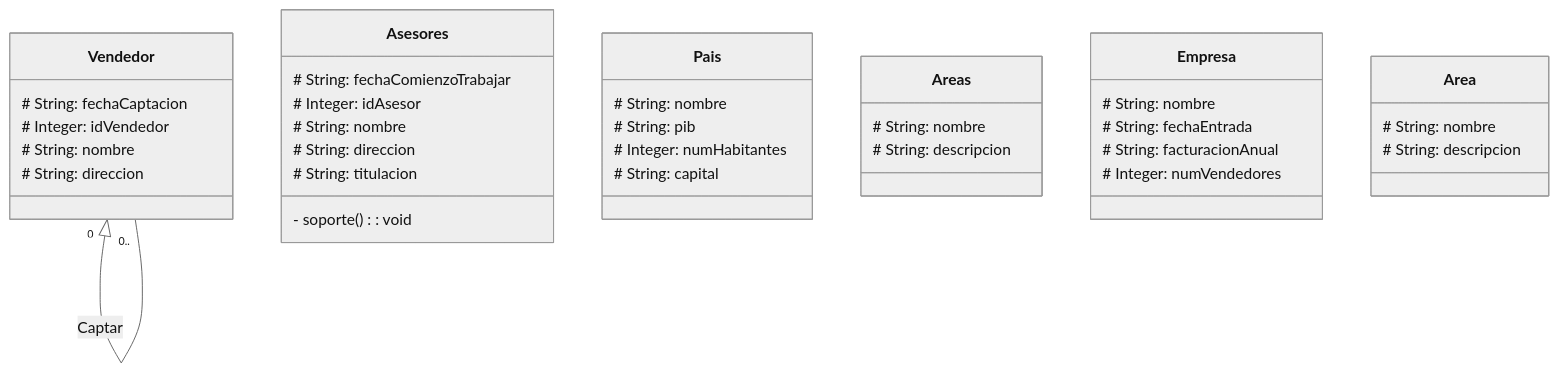
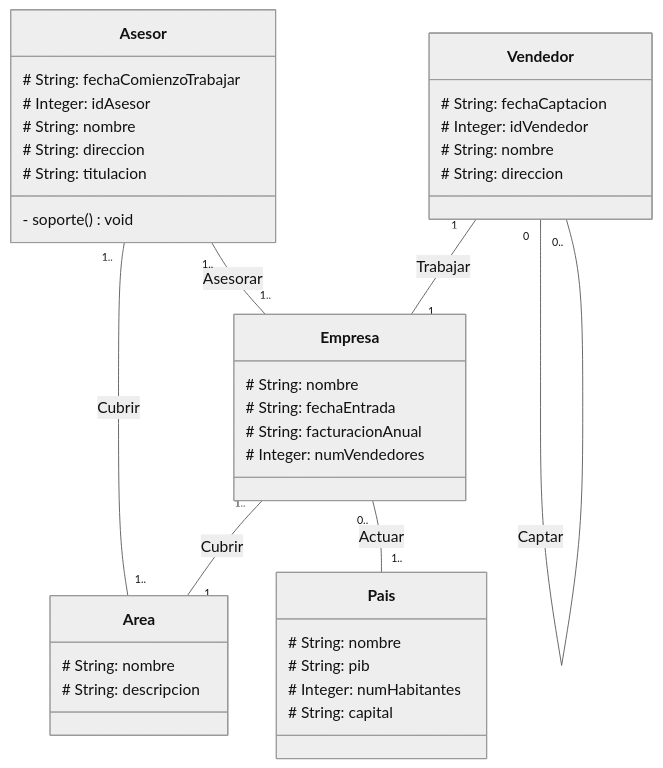
The diagram in EEDD/EvaluableMermaid/1.md (AngelRagel05/Angel-1DAW), drawn with Mermaid (neutral theme) before and after one commit.

Commit message:
Checkpoint: current project state

````diff
--- a/EEDD/EvaluableMermaid/1.md
+++ b/EEDD/EvaluableMermaid/1.md
@@ -1,55 +1,45 @@
 ``` mermaid
     classDiagram
         class Vendedor {
             # String: fechaCaptacion
             # Integer: idVendedor
             # String: nombre
             # String: direccion
         }
 
-        class Asesores {
+        class Asesor {
             # String: fechaComienzoTrabajar
             # Integer: idAsesor
             # String: nombre
             # String: direccion
             # String: titulacion
 
-            - soporte(): void
+            - soporte() void
         }
 
         class Pais {
             # String: nombre
             # String: pib
             # Integer: numHabitantes
             # String: capital
-        }
-
-        class Areas {
-            # String: nombre
-            # String: descripcion
         }
 
         class Empresa {
             # String: nombre
             # String: fechaEntrada
             # String: facturacionAnual
             # Integer: numVendedores
         }
 
         class Area {
             # String: nombre
             # String: descripcion
         }
 
-        
-
-        Vendedor "0" <|-- "0.." Vendedor: Captar
-
-
-
-
-
-
-
-
+        Vendedor "1" -- "1" Empresa: Trabajar
+        Vendedor "0" -- "0.." Vendedor: Captar
+        Empresa "1.." -- "1.." Area: Cubrir
+        Empresa "0.." -- "1.." Pais: Actuar
+        Asesor "1.." -- "1.." Area: Cubrir
+        Asesor "1.." -- "1.." Empresa: Asesorar
 ```
````
